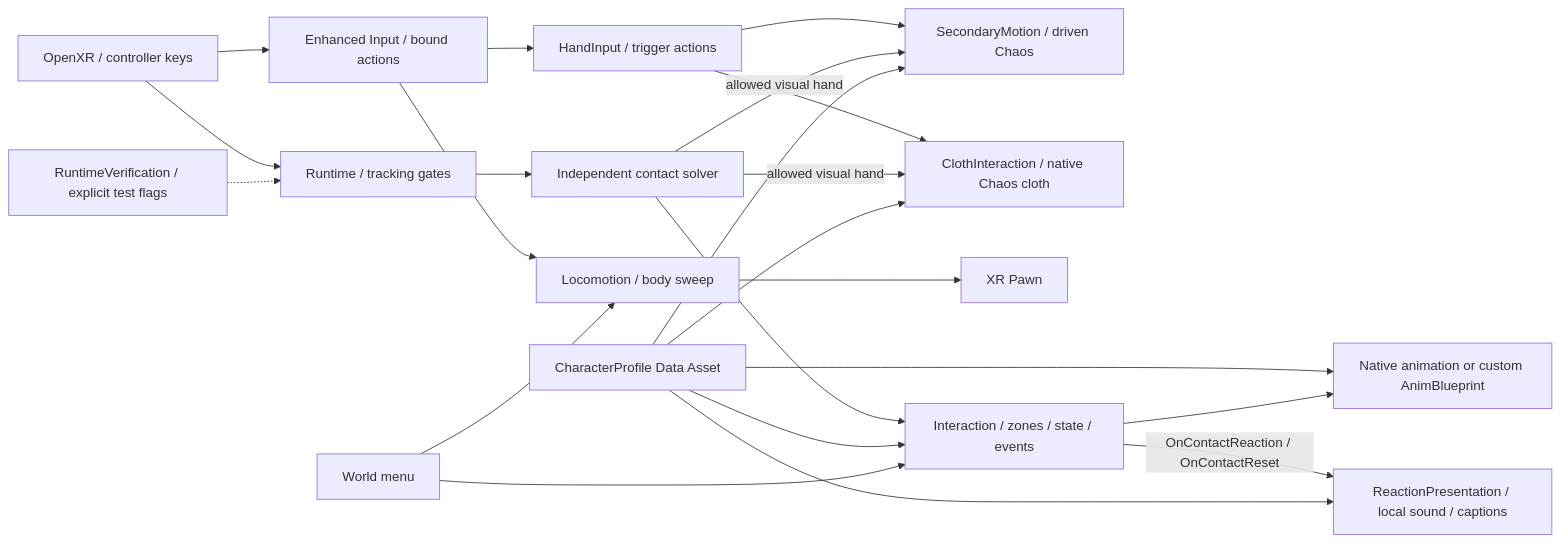
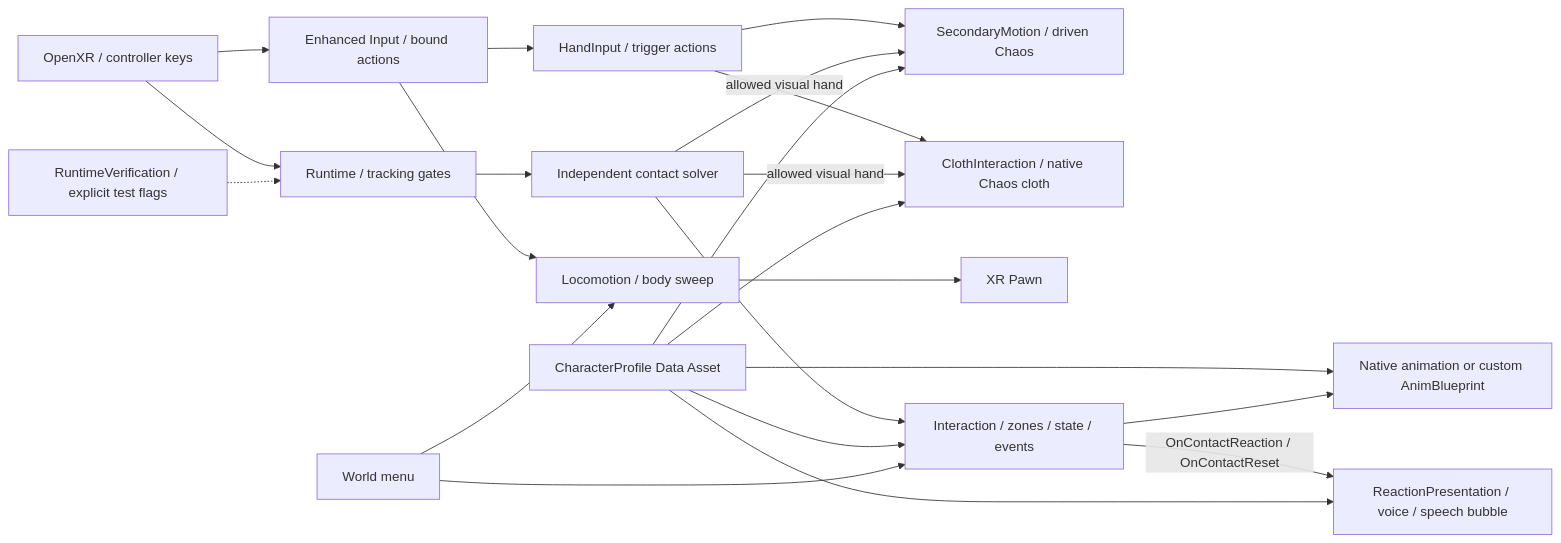
Before and after one commit to alesha229/ue-proto: the diagram in docs/ARCHITECTURE.md, drawn with Mermaid. The commit also changed other lines of this file and 144 other files, not shown here.

````diff
--- a/docs/ARCHITECTURE.md
+++ b/docs/ARCHITECTURE.md
@@ -23,24 +23,24 @@
 ```mermaid
 flowchart LR
     XR[OpenXR / controller keys] --> EI[Enhanced Input / bound actions]
     EI --> Move[Locomotion / body sweep]
     EI --> Grab[HandInput / trigger actions]
     Grab --> Physics
     Grab --> Cloth[ClothInteraction / native Chaos cloth]
     Solver -->|allowed visual hand| Cloth
     Solver -->|allowed visual hand| Physics
     Move --> Pawn[XR Pawn]
     XR --> Track[Runtime / tracking gates]
     Track --> Solver[Independent contact solver]
     Solver --> Contact[Interaction / zones / state / events]
     Profile[CharacterProfile Data Asset] --> Contact
     Profile --> Anim[Native animation or custom AnimBlueprint]
     Profile --> Physics[SecondaryMotion / driven Chaos]
     Profile --> Cloth
     Contact --> Anim
-    Contact -->|OnContactReaction / OnContactReset| Present[ReactionPresentation / local sound / captions]
+    Contact -->|OnContactReaction / OnContactReset| Present[ReactionPresentation / voice / speech bubble]
     Profile --> Present
     Menu[World menu] --> Move
     Menu --> Contact
     Verify[RuntimeVerification / explicit test flags] -.-> Track
 ```
````
